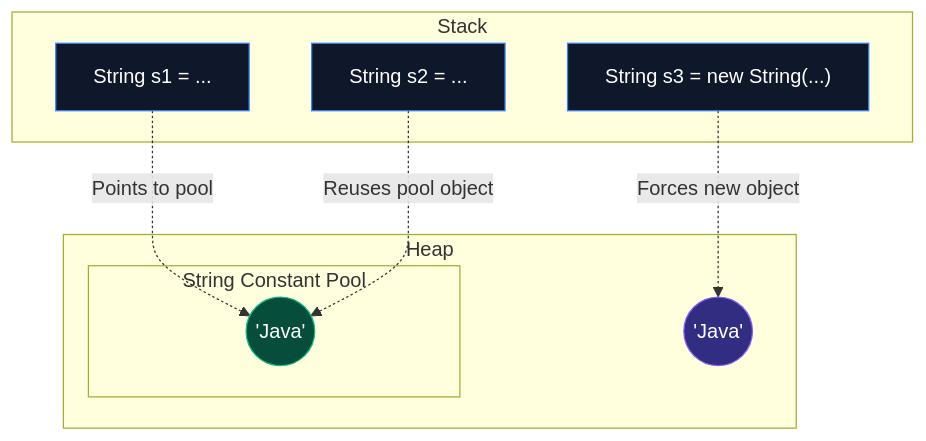
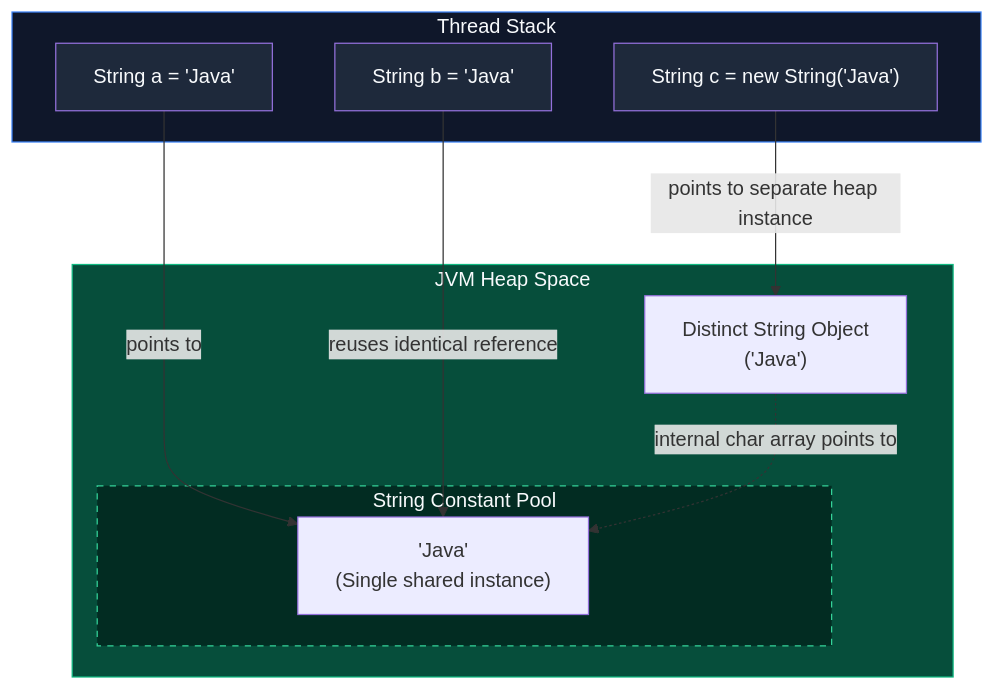
The third of 4 diagrams in content/roadmap/level-0/variables-and-data-types.md (ravishankar2463/java_hub), drawn with Mermaid before and after one commit. The commit also changed other lines of this file, not shown here.

````diff
--- a/content/roadmap/level-0/variables-and-data-types.md
+++ b/content/roadmap/level-0/variables-and-data-types.md
@@ -86,25 +169,27 @@
 ```mermaid
 flowchart TD
-    subgraph "Stack"
-        S1["String s1 = ..."]
-        S2["String s2 = ..."]
-        S3["String s3 = new String(...)"]
+    subgraph StackFrame ["Thread Stack"]
+        S1["String a = 'Java'"]
+        S2["String b = 'Java'"]
+        S3["String c = new String('Java')"]
     end
 
-    subgraph "Heap"
-        subgraph "String Constant Pool"
-            P1((" 'Java' "))
+    subgraph Heap ["JVM Heap Space"]
+        subgraph Pool ["String Constant Pool"]
+            P1["'Java'<br/>(Single shared instance)"]
         end
-        H1((" 'Java' "))
+        H1["Distinct String Object<br/>('Java')"]
     end
 
-    S1 -.->|Points to pool| P1
-    S2 -.->|Reuses pool object| P1
-    S3 -.->|Forces new object| H1
-    
-    style S1 fill:#0f172a,stroke:#3b82f6,color:#fff
-    style S2 fill:#0f172a,stroke:#3b82f6,color:#fff
-    style S3 fill:#0f172a,stroke:#3b82f6,color:#fff
-    style P1 fill:#064e3b,stroke:#10b981,color:#fff
-    style H1 fill:#312e81,stroke:#8b5cf6,color:#fff
+    S1 -->|"points to"| P1
+    S2 -->|"reuses identical reference"| P1
+    S3 -->|"points to separate heap instance"| H1
+    H1 -.->|"internal char array points to"| P1
+
+    style StackFrame fill:#0f172a,stroke:#3b82f6,color:#f8fafc
+    style Heap fill:#064e3b,stroke:#10b981,color:#f8fafc
+    style Pool fill:#022c22,stroke:#34d399,stroke-dasharray: 5 5,color:#f8fafc
+    style S1 fill:#1e293b,color:#f8fafc
+    style S2 fill:#1e293b,color:#f8fafc
+    style S3 fill:#1e293b,color:#f8fafc
 ```
````
